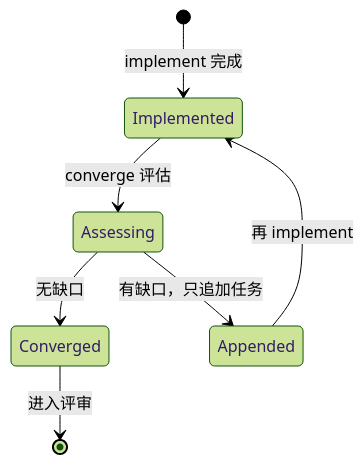
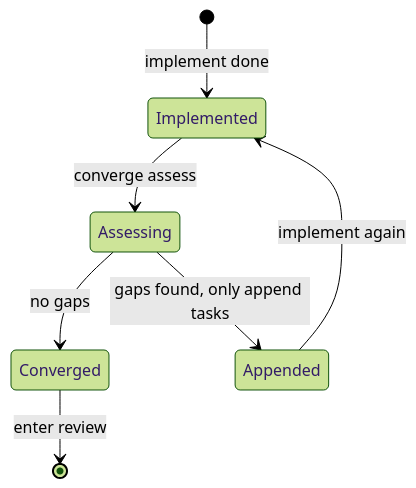
The second of 3 diagrams in phase2/chapters/ch08-pipeline.md (xzlxiao/vibe-coding-textbook), drawn with Mermaid (forest theme) before and after one commit. The commit also changed other lines of this file and 15 other files, not shown here.

````diff
--- a/phase2/chapters/ch08-pipeline.md
+++ b/phase2/chapters/ch08-pipeline.md
@@ -116,9 +116,9 @@
 ```mermaid
 stateDiagram-v2
-    [*] --> Implemented: implement 完成
-    Implemented --> Assessing: converge 评估
-    Assessing --> Converged: 无缺口
-    Assessing --> Appended: 有缺口，只追加任务
-    Appended --> Implemented: 再 implement
-    Converged --> [*]: 进入评审
+    [*] --> Implemented: implement done
+    Implemented --> Assessing: converge assess
+    Assessing --> Converged: no gaps
+    Assessing --> Appended: gaps found, only append tasks
+    Appended --> Implemented: implement again
+    Converged --> [*]: enter review
 ```
````
